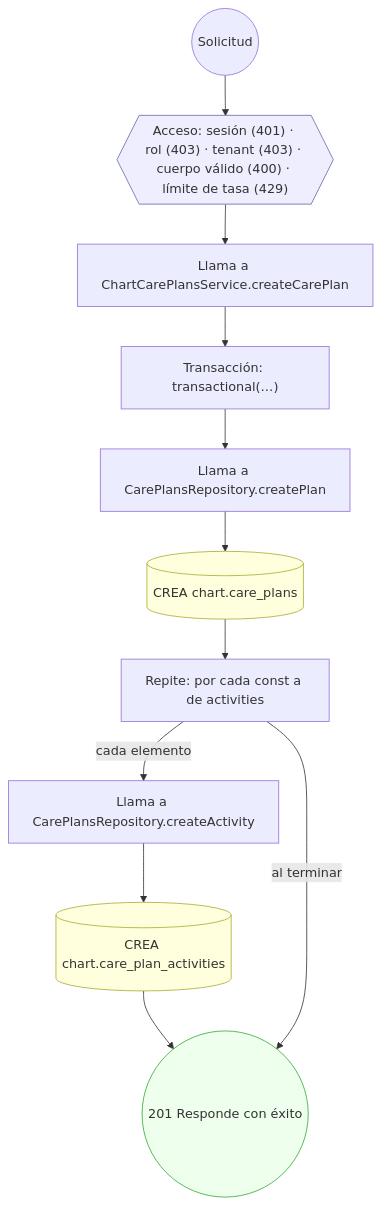
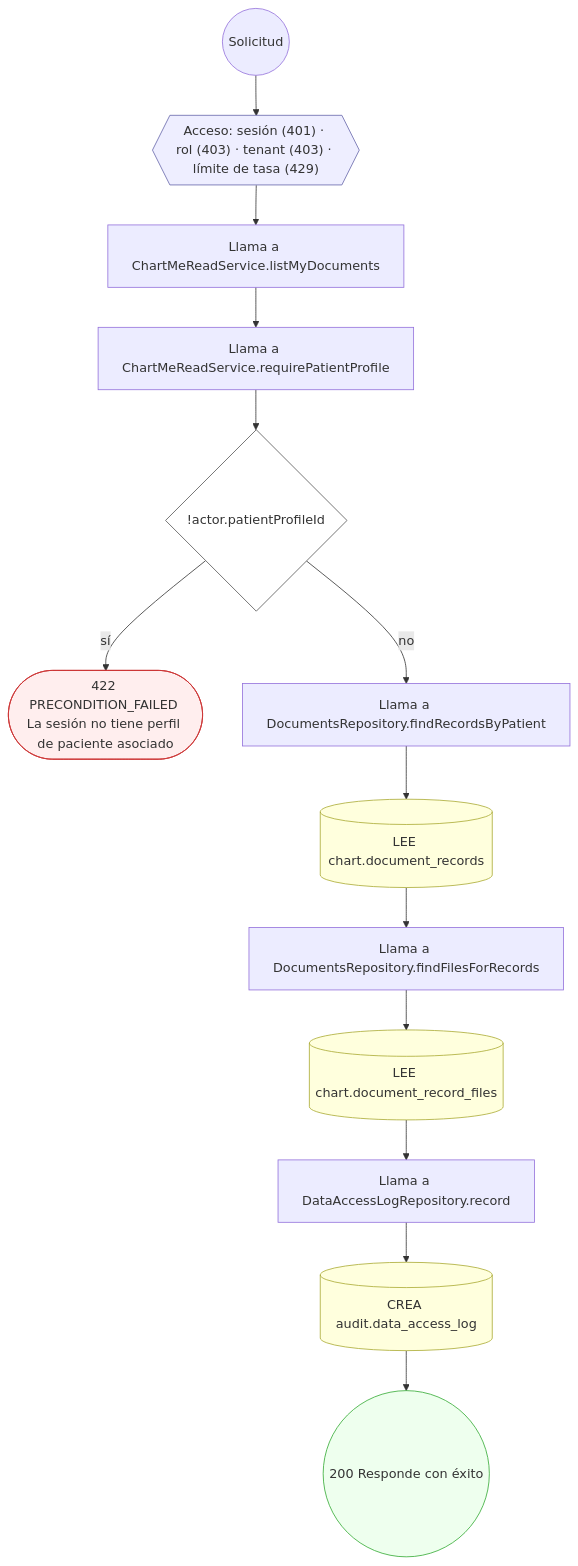
The seventh of 23 diagrams in docs/inventario/flujos/chart.md (mdavila-2001/mantra-core-health-api), drawn with Mermaid before and after one commit. The commit also changed other lines of this file and 451 other files, not shown here.

First line of the commit message:
chore(data_catalog): contrato OpenAPI, inventario y pruebas al día con el diseño del #660

````diff
--- a/docs/inventario/flujos/chart.md
+++ b/docs/inventario/flujos/chart.md
@@ -186,29 +884,34 @@
 ```mermaid
 flowchart TD
   n1(("Solicitud")):::inicio
-  n2{{"Acceso: sesión (401) · rol (403) · tenant (403) · cuerpo válido (400) · límite de tasa (429)"}}:::acceso
+  n2{{"Acceso: sesión (401) · rol (403) · tenant (403) · límite de tasa (429)"}}:::acceso
   n1 --> n2
-  n3["Llama a ChartCarePlansService.createCarePlan"]:::llamada
+  n3["Llama a ChartMeReadService.listMyDocuments"]:::llamada
   n2 --> n3
-  n4["Transacción: transactional(…)"]:::transaccion
+  n4["Llama a ChartMeReadService.requirePatientProfile"]:::llamada
   n3 --> n4
-  n5["Llama a CarePlansRepository.createPlan"]:::llamada
+  n5{"!actor.patientProfileId"}:::decision
   n4 --> n5
-  n6[("CREA chart.care_plans")]:::efecto
-  n5 --> n6
-  n7["Repite: por cada const a de activities"]:::bucle
-  n6 --> n7
-  n8["Llama a CarePlansRepository.createActivity"]:::llamada
-  n7 -->|"cada elemento"| n8
-  n9[("CREA chart.care_plan_activities")]:::efecto
+  n6(["422 PRECONDITION_FAILED La sesión no tiene perfil de paciente asociado"]):::error
+  n5 -->|"sí"| n6
+  n7["Llama a DocumentsRepository.findRecordsByPatient"]:::llamada
+  n5 -->|"no"| n7
+  n8[("LEE chart.document_records")]:::efecto
+  n7 --> n8
+  n9["Llama a DocumentsRepository.findFilesForRecords"]:::llamada
   n8 --> n9
-  n10(("201 Responde con éxito")):::ok
+  n10[("LEE chart.document_record_files")]:::efecto
   n9 --> n10
-  n7 -->|"al terminar"| n10
+  n11["Llama a DataAccessLogRepository.record"]:::llamada
+  n10 --> n11
+  n12[("CREA audit.data_access_log")]:::efecto
+  n11 --> n12
+  n13(("200 Responde con éxito")):::ok
+  n12 --> n13
   classDef acceso fill:#eef,stroke:#66a
   classDef error fill:#fee,stroke:#c33
   classDef ok fill:#efe,stroke:#3a3
   classDef efecto fill:#ffd,stroke:#aa3
   classDef decision fill:#fff,stroke:#555
   classDef corte fill:#eee,stroke:#999,stroke-dasharray: 4
 ```
````
